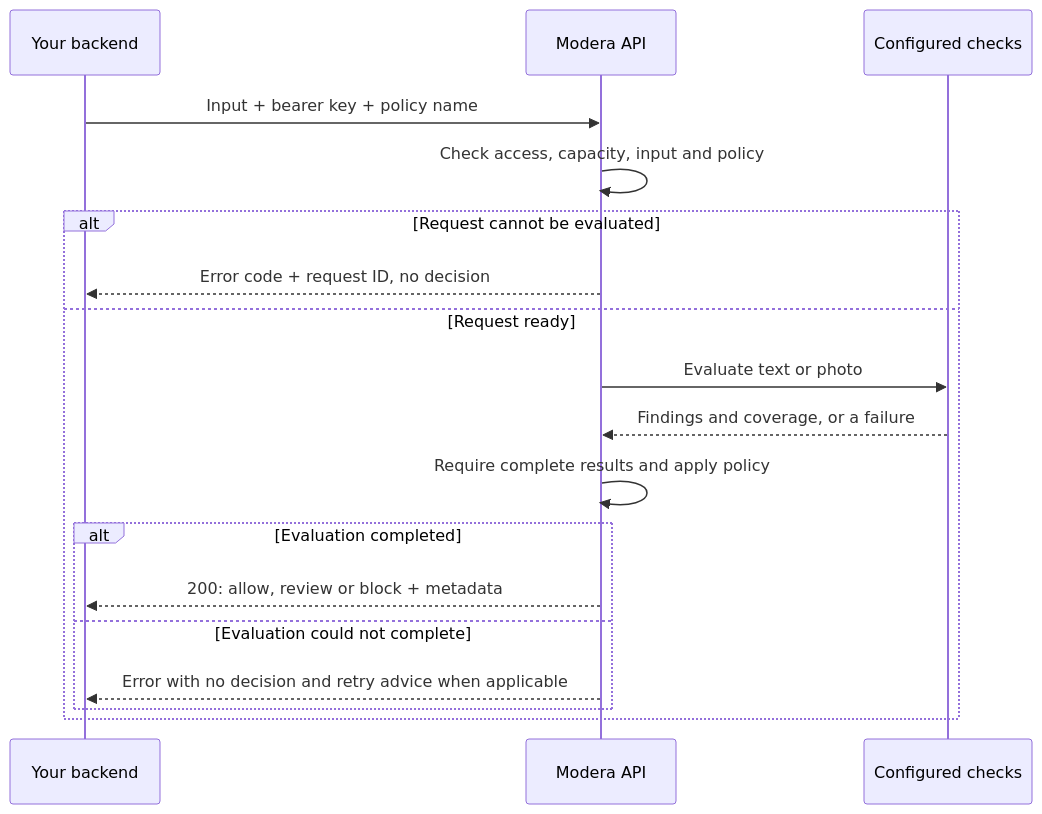
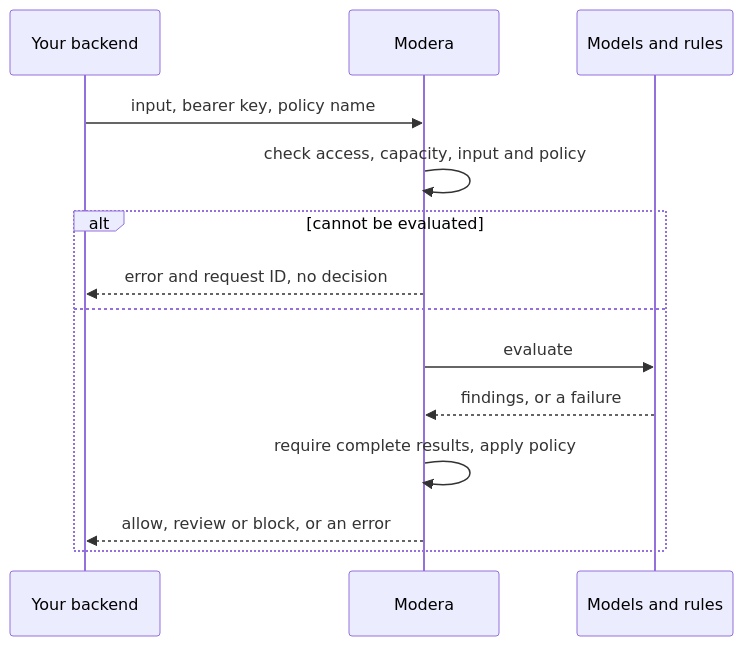
One commit to Isafatokun/modera changed the diagram in docs/how-it-works.md. Above: the diagram before and after it, drawn with Mermaid. The commit also changed other lines of this file and 15 other files, not shown here.

````diff
--- a/docs/how-it-works.md
+++ b/docs/how-it-works.md
@@ -36,20 +22,16 @@
 ```mermaid
 sequenceDiagram
     participant App as Your backend
-    participant API as Modera API
-    participant Checks as Configured checks
-    App->>API: Input + bearer key + policy name
-    API->>API: Check access, capacity, input and policy
-    alt Request cannot be evaluated
-        API-->>App: Error code + request ID, no decision
-    else Request ready
-        API->>Checks: Evaluate text or photo
-        Checks-->>API: Findings and coverage, or a failure
-        API->>API: Require complete results and apply policy
-        alt Evaluation completed
-            API-->>App: 200: allow, review or block + metadata
-        else Evaluation could not complete
-            API-->>App: Error with no decision and retry advice when applicable
-        end
+    participant API as Modera
+    participant Checks as Models and rules
+    App->>API: input, bearer key, policy name
+    API->>API: check access, capacity, input and policy
+    alt cannot be evaluated
+        API-->>App: error and request ID, no decision
+    else
+        API->>Checks: evaluate
+        Checks-->>API: findings, or a failure
+        API->>API: require complete results, apply policy
+        API-->>App: allow, review or block, or an error
     end
 ```
````
